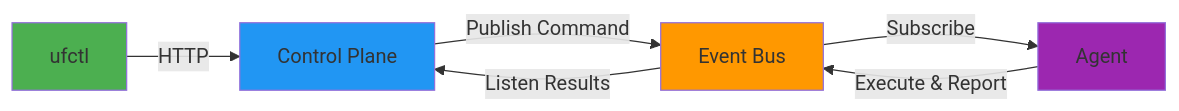
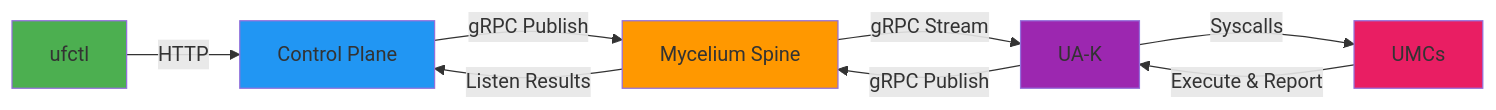
The first of 2 diagrams in README.md (ambientlabscomputing/underleaf_client), drawn with Mermaid before and after one commit. The commit also changed other lines of this file and 33 other files, not shown here.

````diff
--- a/README.md
+++ b/README.md
@@ -398,13 +400,16 @@
 ```mermaid
 graph LR
     A[ufctl] -->|HTTP| B[Control Plane]
-    B -->|Publish Command| C[Event Bus]
-    C -->|Subscribe| D[Agent]
-    D -->|Execute & Report| C
+    B -->|gRPC Publish| C[Mycelium Spine]
+    C -->|gRPC Stream| D[UA-K]
+    D -->|Syscalls| E[UMCs]
+    E -->|Execute & Report| D
+    D -->|gRPC Publish| C
     C -->|Listen Results| B
     
     style A fill:#4CAF50
     style B fill:#2196F3
     style C fill:#FF9800
     style D fill:#9C27B0
+    style E fill:#E91E63
 ```
````
